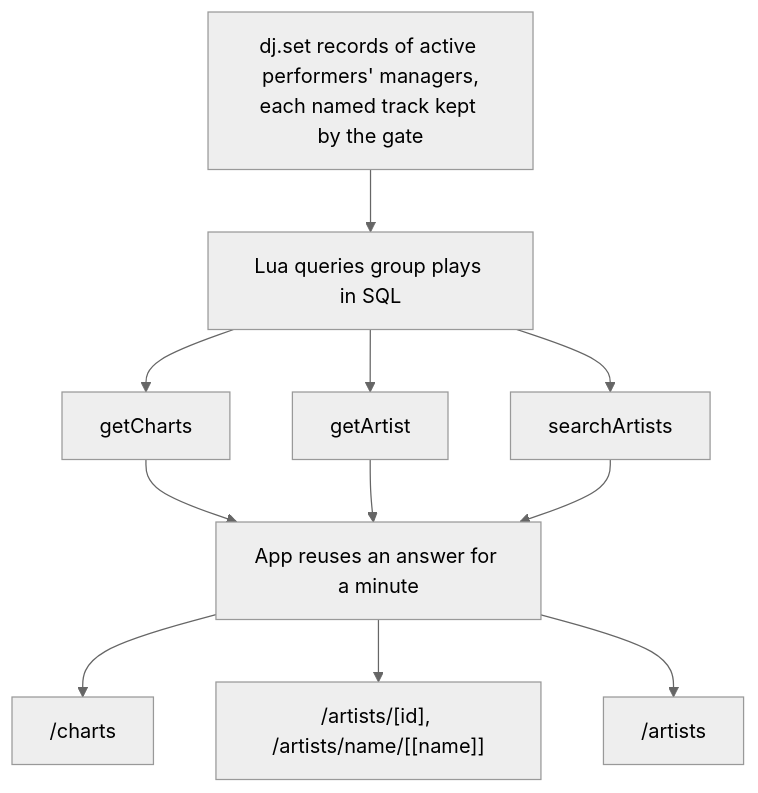
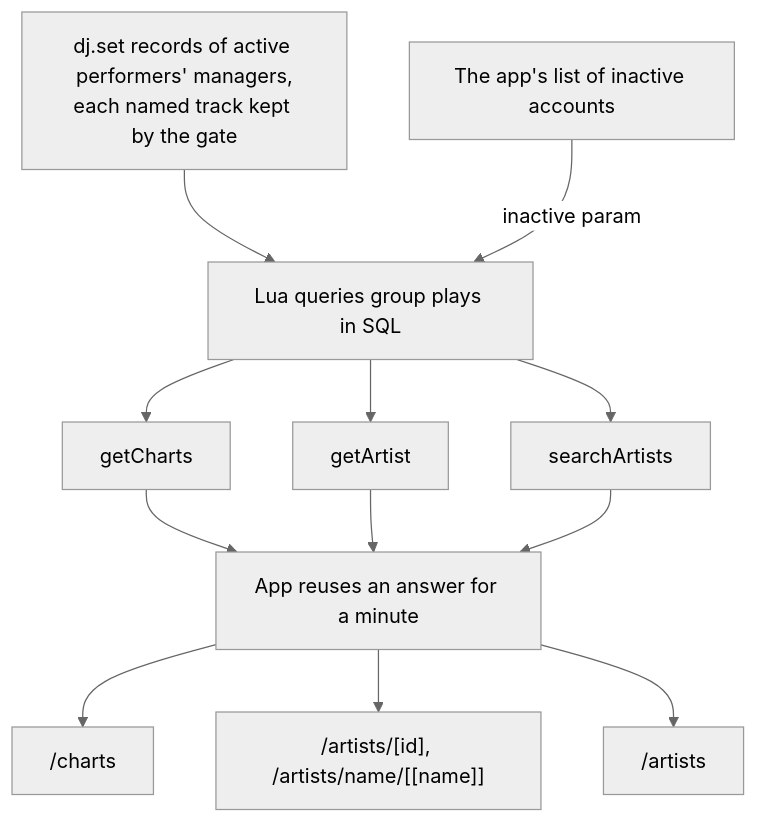
The sixth of 6 diagrams in apps/web/docs/diagrams/mixes-and-sets.md (cutenode/localnetwork), drawn with Mermaid (neutral theme) before and after one commit. The commit also changed other lines of this file and 41 other files, not shown here.

First line of the commit message:
feat(web): hide records from accounts that aren't active

````diff
--- a/apps/web/docs/diagrams/mixes-and-sets.md
+++ b/apps/web/docs/diagrams/mixes-and-sets.md
@@ -115,13 +118,14 @@
 ```mermaid
 flowchart TD
-  Sets["dj.set records of active performers' managers,<br/>each named track kept by the gate"] --> Sql["Lua queries group plays in SQL"]
+  Sets["dj.set records of active performers' managers,<br/>each named track kept by the gate"] --> Sql
+  Inactive["The app's list of inactive accounts"] -- "inactive param" --> Sql["Lua queries group plays in SQL"]
   Sql --> Charts["getCharts"]
   Sql --> Artist["getArtist"]
   Sql --> Search["searchArtists"]
   Charts --> Memo["App reuses an answer for a minute"]
   Artist --> Memo
   Search --> Memo
   Memo --> P1["/charts"]
   Memo --> P2["/artists/[id], /artists/name/[[name]]"]
   Memo --> P3["/artists"]
 ```
````
